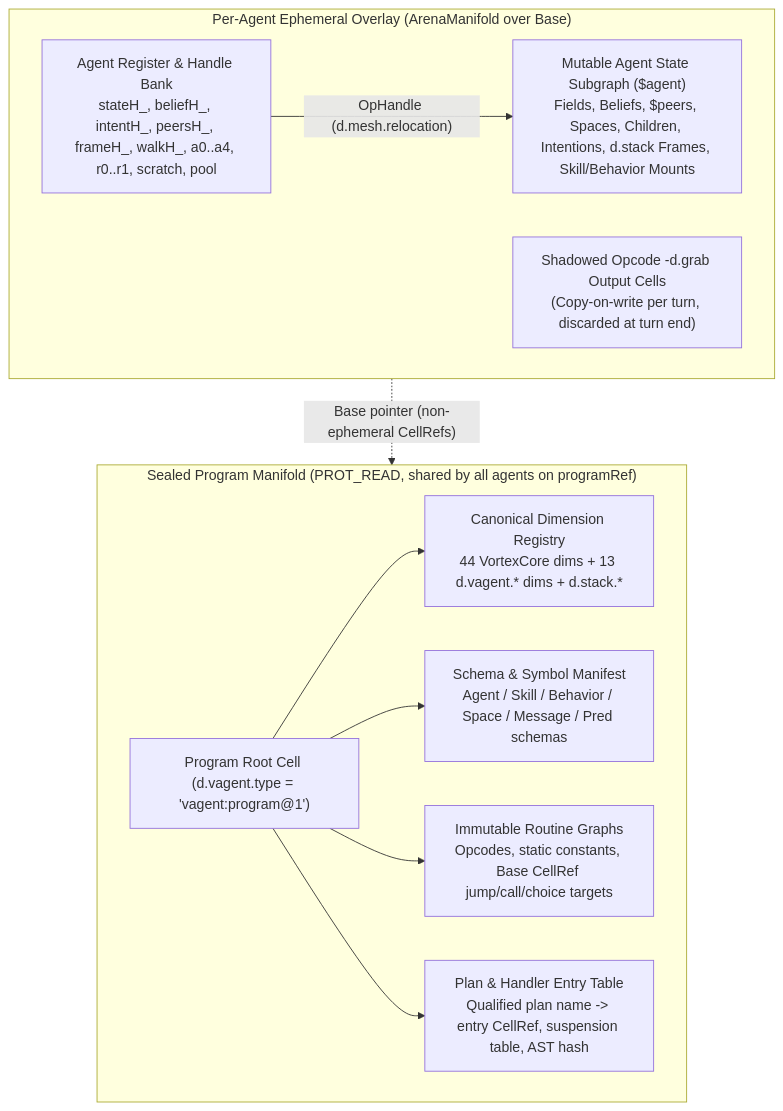
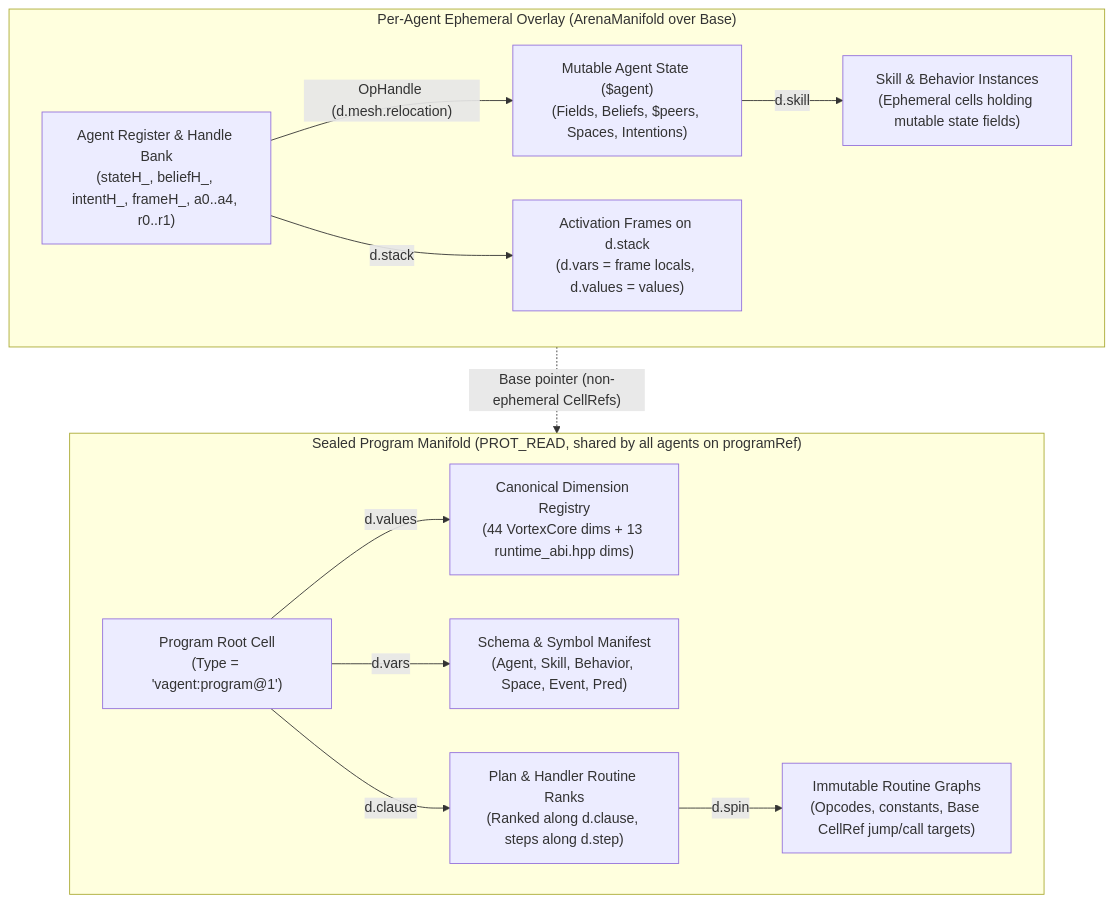
One commit to ccs4ever/gleditor changed the diagram in design/vagent-shared-program-and-live-upgrade.md. Above: the diagram before and after it, drawn with Mermaid. The commit also changed other lines of this file and 22 other files, not shown here.

First line of the commit message:
design(vagent): converge shared program manifold (U-A14) and live upgrades across 4 critique rounds

````diff
--- a/design/vagent-shared-program-and-live-upgrade.md
+++ b/design/vagent-shared-program-and-live-upgrade.md
@@ -163,23 +165,26 @@
 ```mermaid
 flowchart TD
   subgraph Base["Sealed Program Manifold (PROT_READ, shared by all agents on programRef)"]
-    PR["Program Root Cell (d.vagent.type = 'vagent:program@1')"]
-    DIMS["Canonical Dimension Registry\n44 VortexCore dims + 13 d.vagent.* dims + d.stack.*"]
-    MANIFEST["Schema & Symbol Manifest\nAgent / Skill / Behavior / Space / Message / Pred schemas"]
-    CODE["Immutable Routine Graphs\nOpcodes, static constants, Base CellRef jump/call/choice targets"]
-    PLANS["Plan & Handler Entry Table\nQualified plan name -> entry CellRef, suspension table, AST hash"]
-    PR --> DIMS
-    PR --> MANIFEST
-    PR --> CODE
-    PR --> PLANS
+    PR["Program Root Cell\n(Type = 'vagent:program@1')"]
+    DIMS["Canonical Dimension Registry\n(44 VortexCore dims + 13 runtime_abi.hpp dims)"]
+    MANIFEST["Schema & Symbol Manifest\n(Agent, Skill, Behavior, Space, Event, Pred)"]
+    CODE["Immutable Routine Graphs\n(Opcodes, constants, Base CellRef jump/call targets)"]
+    ROUTINES["Plan & Handler Routine Ranks\n(Ranked along d.clause, steps along d.step)"]
+    PR -->|"d.values"| DIMS
+    PR -->|"d.vars"| MANIFEST
+    PR -->|"d.clause"| ROUTINES
+    ROUTINES -->|"d.spin"| CODE
   end
 
   subgraph Overlay["Per-Agent Ephemeral Overlay (ArenaManifold over Base)"]
-    REG["Agent Register & Handle Bank\nstateH_, beliefH_, intentH_, peersH_, frameH_, walkH_, a0..a4, r0..r1, scratch, pool"]
-    OUT["Shadowed Opcode -d.grab Output Cells\n(Copy-on-write per turn, discarded at turn end)"]
-    STATE["Mutable Agent State Subgraph ($agent)\nFields, Beliefs, $peers, Spaces, Children, Intentions, d.stack Frames, Skill/Behavior Mounts"]
+    REG["Agent Register & Handle Bank\n(stateH_, beliefH_, intentH_, frameH_, a0..a4, r0..r1)"]
+    SKILLS["Skill & Behavior Instances\n(Ephemeral cells holding mutable state fields)"]
+    FRAMES["Activation Frames on d.stack\n(d.vars = frame locals, d.values = values)"]
+    STATE["Mutable Agent State ($agent)\n(Fields, Beliefs, $peers, Spaces, Intentions)"]
     REG -->|"OpHandle (d.mesh.relocation)"| STATE
+    REG -->|"d.stack"| FRAMES
+    STATE -->|"d.skill"| SKILLS
   end
 
   Overlay -.->|"Base pointer (non-ephemeral CellRefs)"| Base
 ```
````
